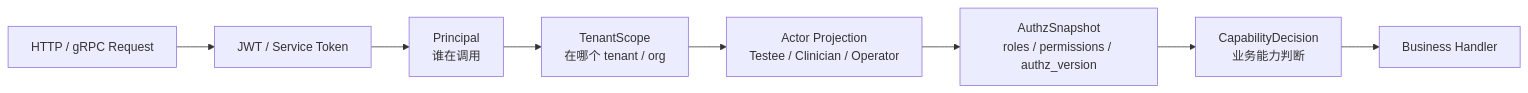
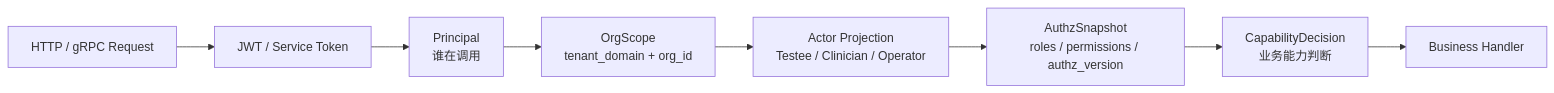
One commit to FangcunMount/qs-server changed the diagram in docs/06-宣讲/07-IAM与安全讲法.md. Above: the diagram before and after it, drawn with Mermaid. The commit also changed other lines of this file and 30 other files, not shown here.

Commit message:
doc  security 文档语义迁移，将 组合、组织模型统一为 TenantDomain + OrgID / OrgScope 模型，清理运行时、接口运维、专题分析、宣讲文档里的旧 TenantScope、旧 middleware、numeric org 等残留说法。

````diff
--- a/docs/06-宣讲/07-IAM与安全讲法.md
+++ b/docs/06-宣讲/07-IAM与安全讲法.md
@@ -139,13 +139,13 @@
 ```mermaid
 flowchart LR
     Request["HTTP / gRPC Request"]
     Token["JWT / Service Token"]
     Principal["Principal<br/>谁在调用"]
-    Tenant["TenantScope<br/>在哪个 tenant / org"]
+    Tenant["OrgScope<br/>tenant_domain + org_id"]
     Actor["Actor Projection<br/>Testee / Clinician / Operator"]
     Snapshot["AuthzSnapshot<br/>roles / permissions / authz_version"]
     Decision["CapabilityDecision<br/>业务能力判断"]
     Handler["Business Handler"]
 
     Request --> Token --> Principal --> Tenant --> Actor --> Snapshot --> Decision --> Handler
 ```
````
